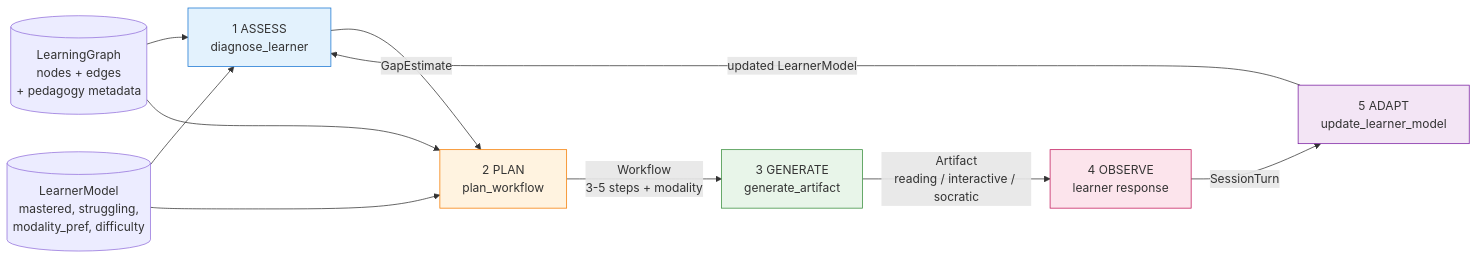
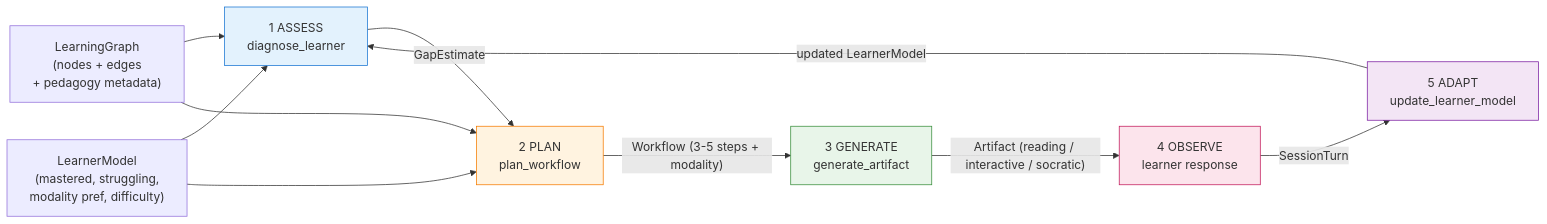
Before and after one commit to abhijeetgupta23/ai-agent-to-learn-faster-and-better: the first of 2 diagrams in README.md, drawn with Mermaid. The commit also changed other lines of this file and 2 other files, not shown here.

First line of the commit message:
docs: ship pre-rendered PNGs for the Mermaid diagrams (mobile-safe)

````diff
--- a/README.md
+++ b/README.md
@@ -26,21 +31,21 @@
 ```mermaid
 flowchart LR
-    L[(LearnerModel<br/>mastered, struggling,<br/>modality_pref, difficulty)]
-    G[(LearningGraph<br/>nodes + edges<br/>+ pedagogy metadata)]
+    L["LearnerModel<br/>(mastered, struggling,<br/>modality pref, difficulty)"]
+    G["LearningGraph<br/>(nodes + edges<br/>+ pedagogy metadata)"]
 
-    L --> A[1 ASSESS<br/>diagnose_learner]
+    L --> A["1 ASSESS<br/>diagnose_learner"]
     G --> A
-    A -- GapEstimate --> P[2 PLAN<br/>plan_workflow]
+    A -- GapEstimate --> P["2 PLAN<br/>plan_workflow"]
     G --> P
     L --> P
-    P -- Workflow<br/>3-5 steps + modality --> GEN[3 GENERATE<br/>generate_artifact]
-    GEN -- Artifact<br/>reading / interactive / socratic --> O[4 OBSERVE<br/>learner response]
-    O -- SessionTurn --> AD[5 ADAPT<br/>update_learner_model]
-    AD -- updated LearnerModel --> A
+    P -- "Workflow (3-5 steps + modality)" --> GEN["3 GENERATE<br/>generate_artifact"]
+    GEN -- "Artifact (reading / interactive / socratic)" --> O["4 OBSERVE<br/>learner response"]
+    O -- SessionTurn --> AD["5 ADAPT<br/>update_learner_model"]
+    AD -- "updated LearnerModel" --> A
 
     style A fill:#e3f2fd,stroke:#1976d2
     style P fill:#fff3e0,stroke:#f57c00
     style GEN fill:#e8f5e9,stroke:#388e3c
     style O fill:#fce4ec,stroke:#c2185b
     style AD fill:#f3e5f5,stroke:#7b1fa2
 ```
````
